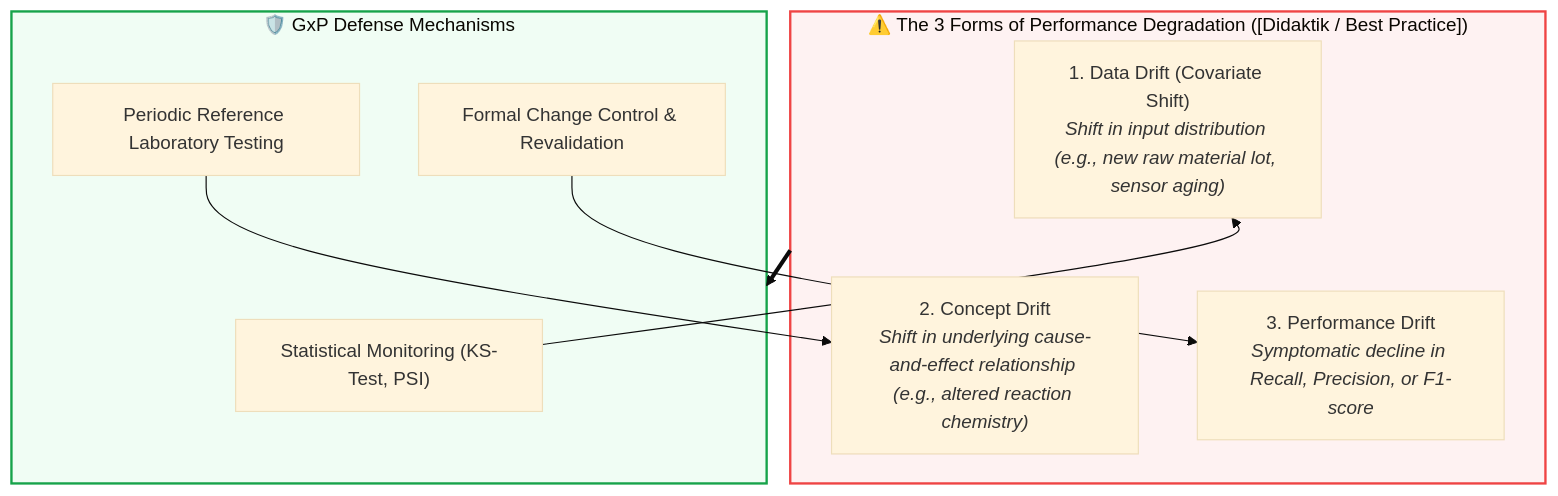
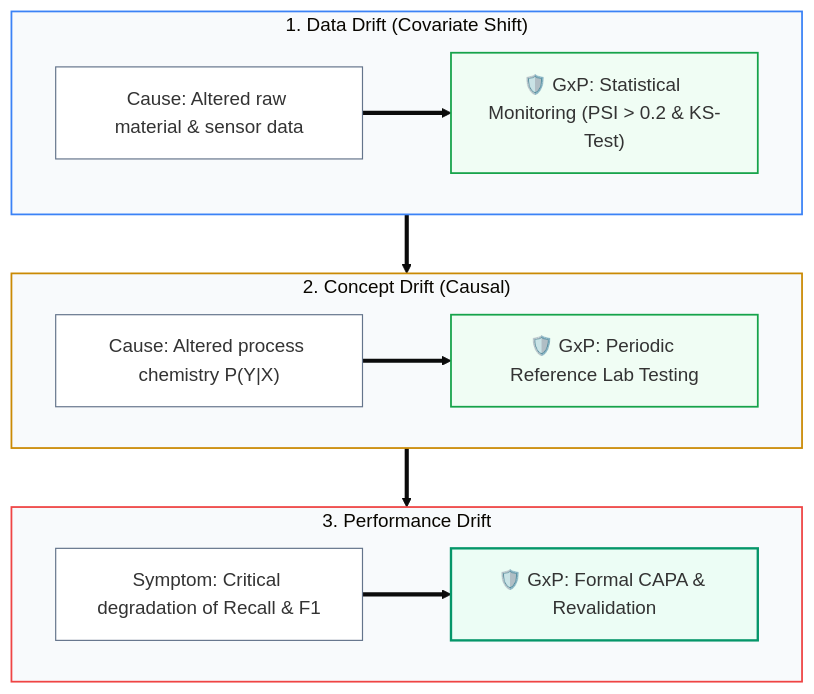
One commit to Lunaman06/Annex22 changed the diagram in docs/en/module_11_lifecycle_continuous_monitoring.md. Above: the diagram before and after it, drawn with Mermaid (base theme). The commit also changed other lines of this file and 29 other files, not shown here.

Commit message:
style(docs): optimize mermaid diagram aspect ratios, edge flows and legibility across all DE and EN modules

````diff
--- a/docs/en/module_11_lifecycle_continuous_monitoring.md
+++ b/docs/en/module_11_lifecycle_continuous_monitoring.md
@@ -23,19 +23,29 @@
 ```mermaid
 flowchart TD
-    subgraph DriftTypes["⚠️ The 3 Forms of Performance Degradation ([Didaktik / Best Practice])"]
-        D1["1. Data Drift (Covariate Shift)<br/><i>Shift in input distribution (e.g., new raw material lot, sensor aging)</i>"]
-        D2["2. Concept Drift<br/><i>Shift in underlying cause-and-effect relationship (e.g., altered reaction chemistry)</i>"]
-        D3["3. Performance Drift<br/><i>Symptomatic decline in Recall, Precision, or F1-score</i>"]
+    subgraph S1["1. Data Drift (Covariate Shift)"]
+        direction LR
+        D1["Cause: Altered raw material & sensor data"] ==> C1["🛡️ GxP: Statistical Monitoring (PSI > 0.2 & KS-Test)"]
     end
 
-    subgraph Defense["🛡️ GxP Defense Mechanisms"]
-        C1["Statistical Monitoring (KS-Test, PSI)"] --> D1
-        C2["Periodic Reference Laboratory Testing"] --> D2
-        C3["Formal Change Control & Revalidation"] --> D3
+    subgraph S2["2. Concept Drift (Causal)"]
+        direction LR
+        D2["Cause: Altered process chemistry P(Y|X)"] ==> C2["🛡️ GxP: Periodic Reference Lab Testing"]
     end
 
-    DriftTypes ==> Defense
+    subgraph S3["3. Performance Drift"]
+        direction LR
+        D3["Symptom: Critical degradation of Recall & F1"] ==> C3["🛡️ GxP: Formal CAPA & Revalidation"]
+    end
 
-    style DriftTypes fill:#fef2f2,stroke:#ef4444,stroke-width:2px
-    style Defense fill:#f0fdf4,stroke:#16a34a,stroke-width:2px
+    S1 ==> S2 ==> S3
+
+    style S1 fill:#f8fafc,stroke:#3b82f6,stroke-width:1.5px
+    style S2 fill:#f8fafc,stroke:#ca8a04,stroke-width:1.5px
+    style S3 fill:#f8fafc,stroke:#ef4444,stroke-width:1.5px
+    style D1 fill:#ffffff,stroke:#64748b,stroke-width:1px
+    style C1 fill:#f0fdf4,stroke:#16a34a,stroke-width:1.5px
+    style D2 fill:#ffffff,stroke:#64748b,stroke-width:1px
+    style C2 fill:#f0fdf4,stroke:#16a34a,stroke-width:1.5px
+    style D3 fill:#ffffff,stroke:#64748b,stroke-width:1px
+    style C3 fill:#ecfdf5,stroke:#059669,stroke-width:2px
 ```
````
